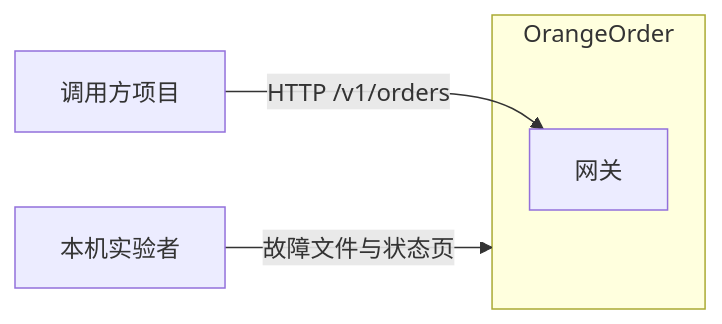
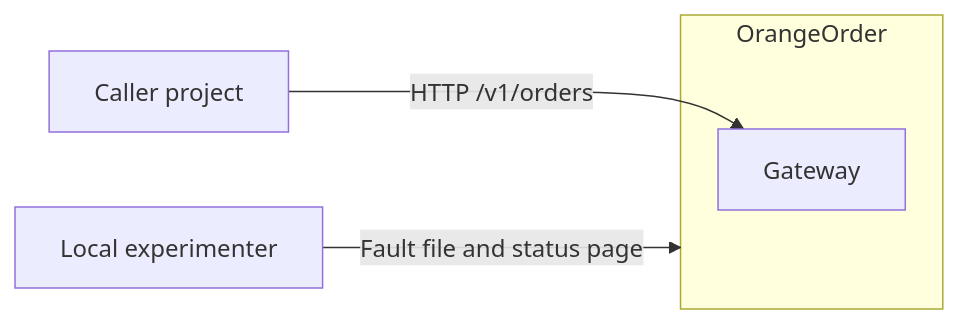
Before and after one commit to iamorangedad/OrangeDistributedSystem: the first of 8 diagrams in docs/architecture.md, drawn with Mermaid. The commit also changed other lines of this file and 52 other files, not shown here.

````diff
--- a/docs/architecture.md
+++ b/docs/architecture.md
@@ -17,10 +17,10 @@
 ```mermaid
 flowchart LR
-  caller[调用方项目]
-  operator[本机实验者]
+  caller[Caller project]
+  operator[Local experimenter]
   subgraph orange [OrangeOrder]
-    gateway[网关]
+    gateway[Gateway]
   end
   caller -->|"HTTP /v1/orders"| gateway
-  operator -->|故障文件与状态页| orange
+  operator -->|Fault file and status page| orange
 ```
````
